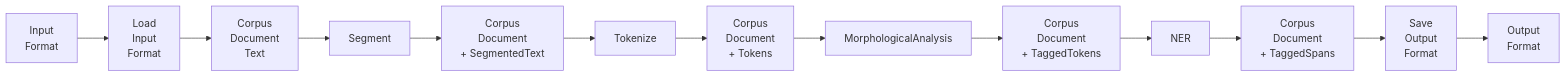
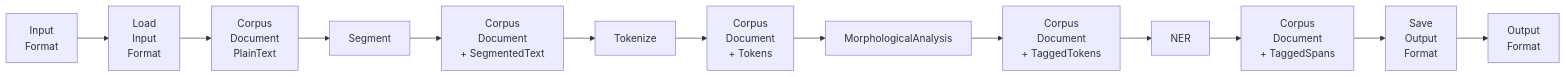
One commit to ufal/linpipe changed the sixth of 8 diagrams in docs/src/dev/architecture.md. Above: the diagram before and after it, drawn with Mermaid. The commit also changed other lines of this file and 10 other files, not shown here.

Commit message:
Renamed `Text` to `PlainText` according to meeting notes.

````diff
--- a/docs/src/dev/architecture.md
+++ b/docs/src/dev/architecture.md
@@ -198,23 +198,23 @@
 ```mermaid
 flowchart LR
   I["Input<br/>Format"]
   Load["Load<br/>Input<br/>Format"]
-  D0["Corpus<br/>Document<br/>Text"]
+  D0["Corpus<br/>Document<br/>PlainText"]
   S["Segment"]
   D1["Corpus<br/>Document<br/>+ SegmentedText"]
   T["Tokenize"]
   D2["Corpus<br/>Document<br/>+ Tokens"]
   M["MorphologicalAnalysis"]
   D3["Corpus<br/>Document<br/>+ TaggedTokens"]
   N["NER"]
   D4["Corpus<br/>Document<br/>+ TaggedSpans"]
   Save["Save<br/>Output<br/>Format"]
   O["Output<br/>Format"]
 
   I --> Load --> D0
   D0 --> S --> D1
   D1 --> T --> D2
   D2 --> M --> D3
   D3 --> N --> D4
   D4 --> Save --> O
 ```
````
